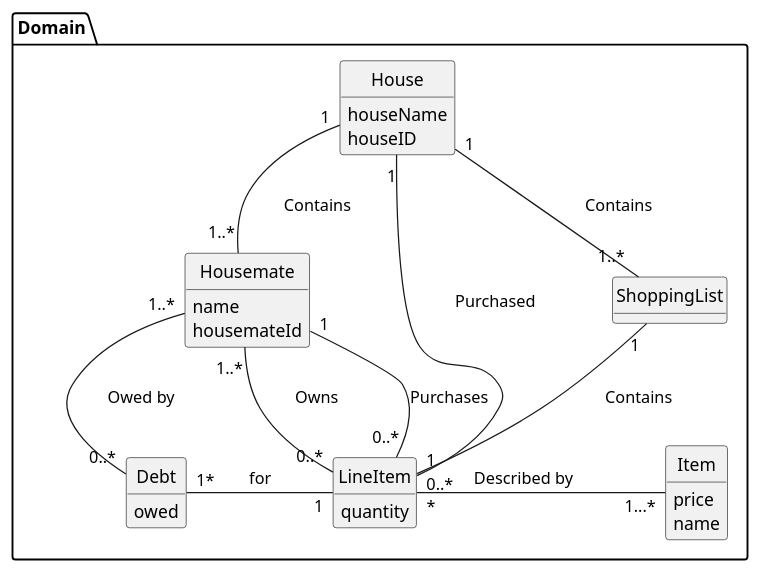
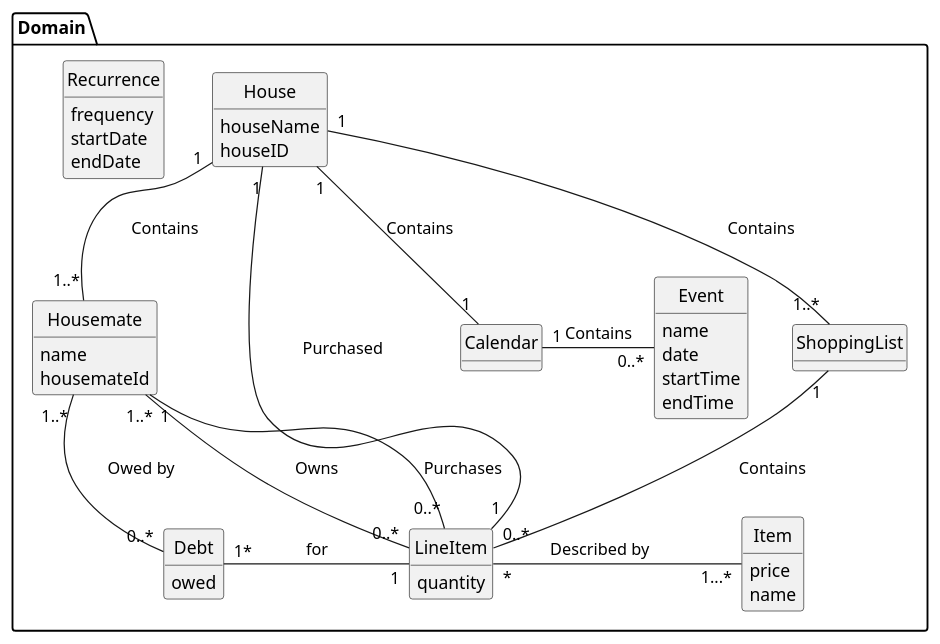
The first of 4 diagrams in intellij/doc/design.md (willemnielsen/House-App), drawn with PlantUML before and after one commit.

Commit message:
Update domain model design.md

````diff
--- a/intellij/doc/design.md
+++ b/intellij/doc/design.md
@@ -2,46 +2,65 @@
 ```plantuml
 @startuml
 hide circle
 hide empty methods
 
 class Domain.House{
     houseName
     houseID
 }
 class Domain.ShoppingList{ 
 }
 class Domain.LineItem{
     quantity
 }
 
 class Domain.Item{
     price
     name
 }
 
 class Domain.Debt{
     owed
 }
 
 
 class Domain.Housemate{   
     name
     housemateId
 }
+class Domain.Calendar{
+
+}
+
+class Domain.Event{
+    name
+    date
+    startTime
+    endTime
+}
+
+class Domain.Recurrence{
+    frequency
+    startDate
+    endDate
+}
 
 ' associations
 Domain.House "1" -- "1..*" Domain.Housemate : \tContains\t\t
 Domain.House "1" -- "1..*" Domain.ShoppingList : \tContains\t\t
 Domain.House "1" -- "1" Domain.LineItem : \tPurchased\t\t
+Domain.House "1" -- "1" Domain.Calendar : Contains
 Domain.Housemate "1..*" - "0..*" Domain.LineItem : \tOwns\t\t
 Domain.ShoppingList "1" -- "0..*" Domain.LineItem : \tContains\t\t
 Domain.LineItem "*" - "1...*" Domain.Item : \tDescribed by \t\t
 Domain.Housemate "1..*" -down- "0..*" Domain.Debt : \tOwed by\t\t
 Domain.Debt "1*" -right- "1" Domain.LineItem : for
 Domain.Housemate "1" - "0..*" Domain.LineItem : Purchases
+Domain.Calendar "1" - "0..*" Domain.Event : Contains
+
 @enduml
 
 
 
 
 ```
````
